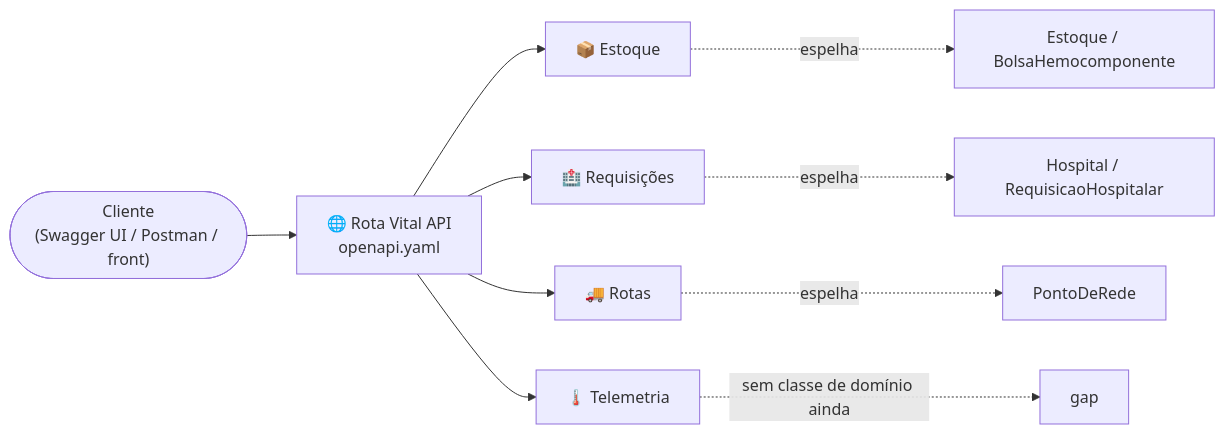
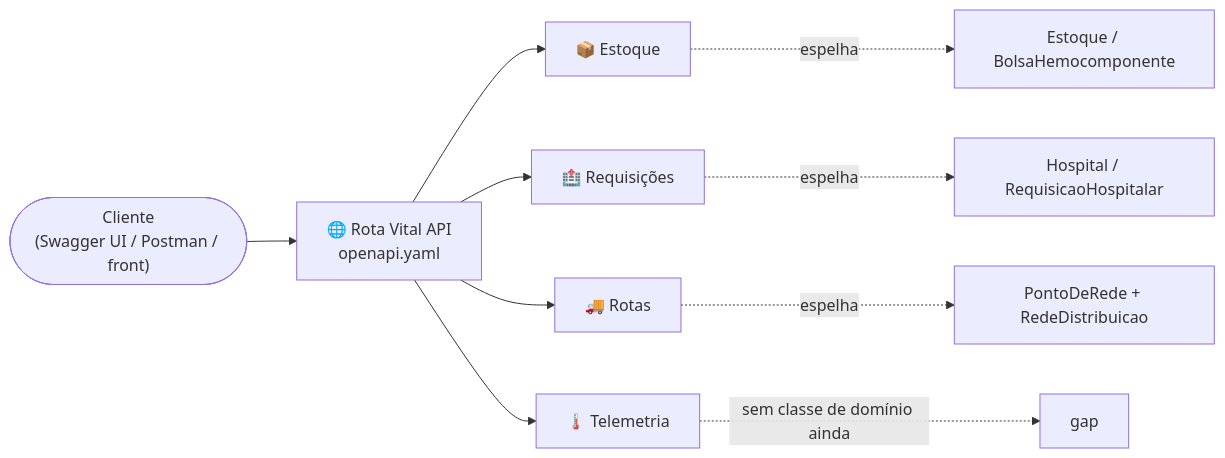
The first of 3 diagrams in docs/MODULOS.md (viictorpaes/Rotavital), drawn with Mermaid before and after one commit. The commit also changed other lines of this file and 13 other files, not shown here.

````diff
--- a/docs/MODULOS.md
+++ b/docs/MODULOS.md
@@ -30,14 +30,14 @@
 ```mermaid
 flowchart LR
     C(["Cliente<br/>(Swagger UI / Postman / front)"]) --> API["🌐 Rota Vital API<br/>openapi.yaml"]
 
     API --> M1["📦 Estoque"]
     API --> M2["🏥 Requisições"]
     API --> M3["🚚 Rotas"]
     API --> M4["🌡️ Telemetria"]
 
     M1 -. "espelha" .-> D1["Estoque / BolsaHemocomponente"]
     M2 -. "espelha" .-> D2["Hospital / RequisicaoHospitalar"]
-    M3 -. "espelha" .-> D3["PontoDeRede"]
+    M3 -. "espelha" .-> D3["PontoDeRede + RedeDistribuicao"]
     M4 -. "sem classe de domínio ainda" .-> D4["gap"]
 ```
````
